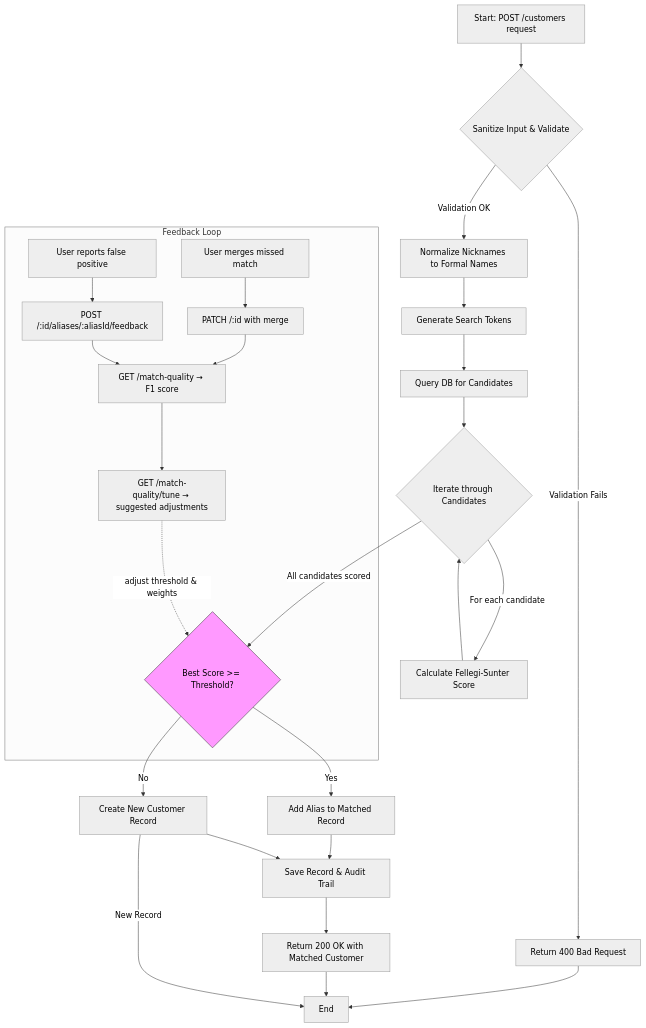
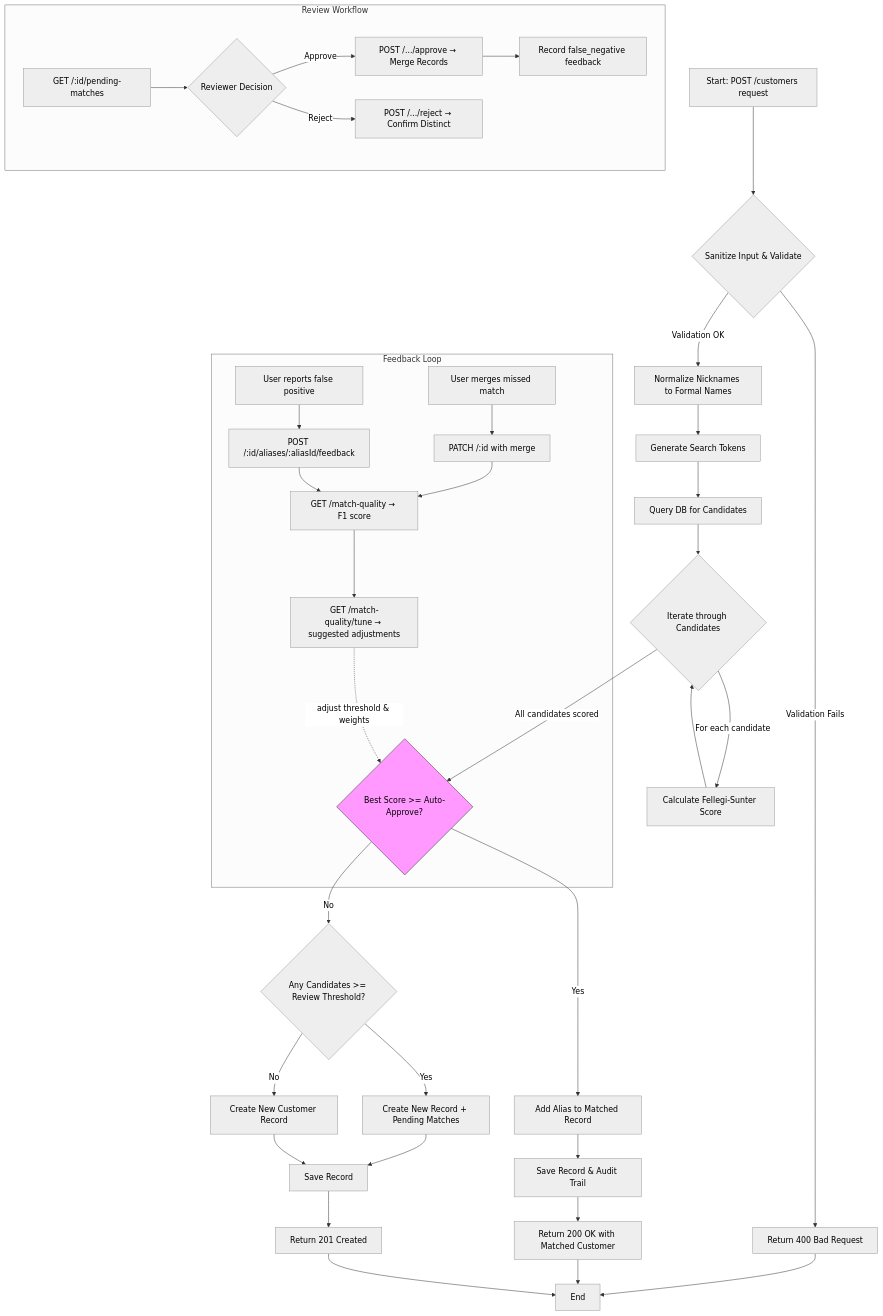
One commit to cesau78/s14s-identify changed the diagram in README.md. Above: the diagram before and after it, drawn with Mermaid (neutral theme). The commit also changed other lines of this file and 1 other file, not shown here.

First line of the commit message:
feat: Add near-miss candidate matching with pending match review workflow

````diff
--- a/README.md
+++ b/README.md
@@ -98,32 +103,43 @@
 ```mermaid
 graph TD
     A[Start: POST /customers request] --> B{Sanitize Input & Validate};
     B -- Validation Fails --> C[Return 400 Bad Request];
     B -- Validation OK --> N[Normalize Nicknames to Formal Names];
     N --> D[Generate Search Tokens];
     D --> E[Query DB for Candidates];
     E --> F{Iterate through Candidates};
     F -- For each candidate --> G[Calculate Fellegi-Sunter Score];
     G --> F;
-    F -- All candidates scored --> H{Best Score >= Threshold?};
+    F -- All candidates scored --> H{Best Score >= Auto-Approve?};
     H -- Yes --> I[Add Alias to Matched Record];
     I --> K[Save Record & Audit Trail];
     K --> L[Return 200 OK with Matched Customer];
-    H -- No --> J[Create New Customer Record];
-    J --> K;
+    H -- No --> NM{Any Candidates >= Review Threshold?};
+    NM -- Yes --> J2[Create New Record + Pending Matches];
+    NM -- No --> J[Create New Customer Record];
+    J --> K2[Save Record];
+    J2 --> K2;
+    K2 --> L2[Return 201 Created];
     L --> M[End];
     C --> M;
-    J -- New Record --> M;
+    L2 --> M;
+
+    subgraph Review Workflow
+        PM[GET /:id/pending-matches] --> RV{Reviewer Decision};
+        RV -- Approve --> AP[POST /.../approve → Merge Records];
+        RV -- Reject --> RJ[POST /.../reject → Confirm Distinct];
+        AP --> FB2[Record false_negative feedback];
+    end
 
     style H fill:#f9f,stroke:#333
     linkStyle default stroke:#333
 
     subgraph Feedback Loop
         Q[User reports false positive] --> R[POST /:id/aliases/:aliasId/feedback];
         S[User merges missed match] --> T[PATCH /:id with merge];
         R --> U[GET /match-quality → F1 score];
         T --> U;
         U --> V[GET /match-quality/tune → suggested adjustments];
         V -. adjust threshold & weights .-> H;
     end
 ```
````
